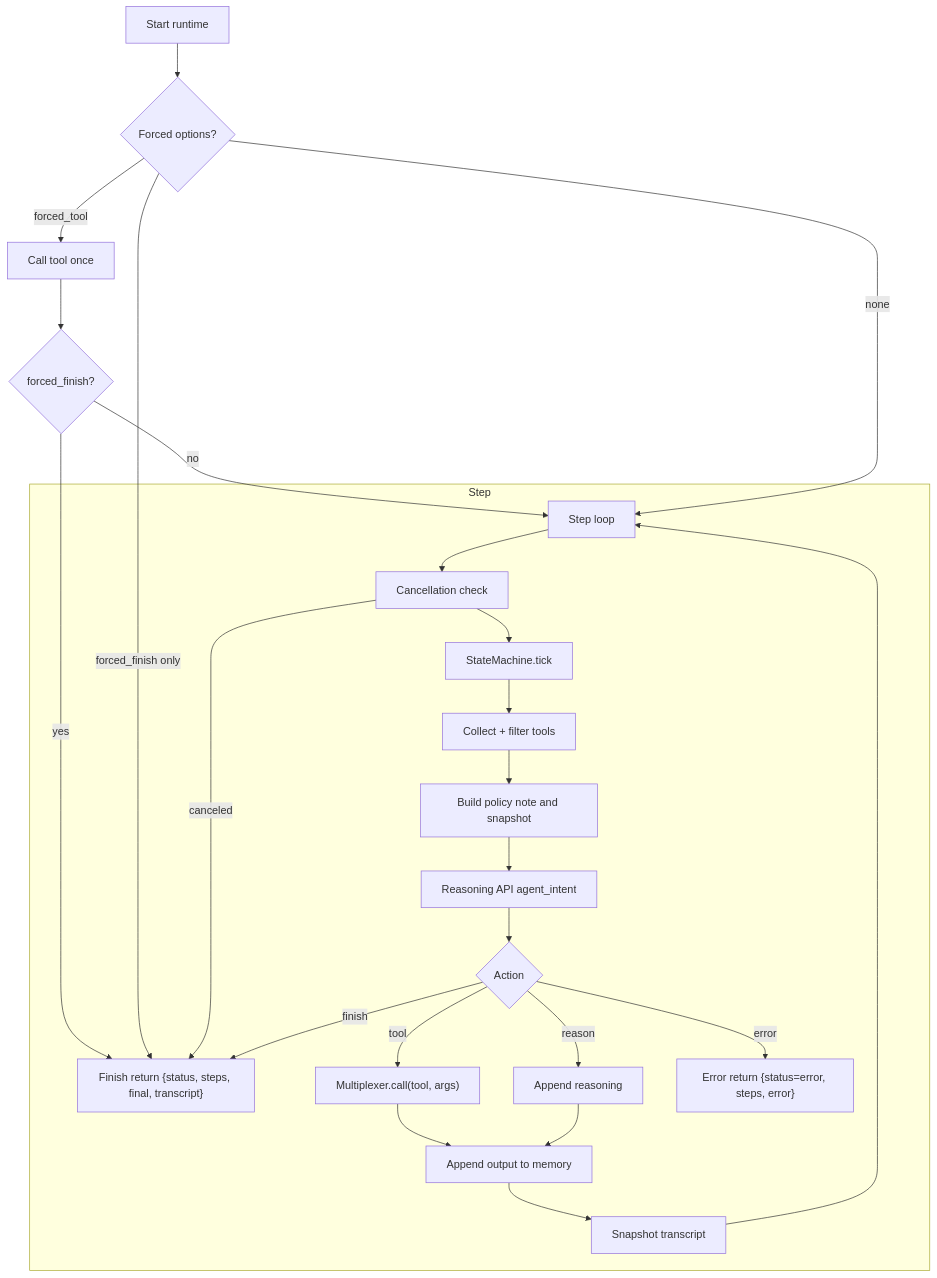
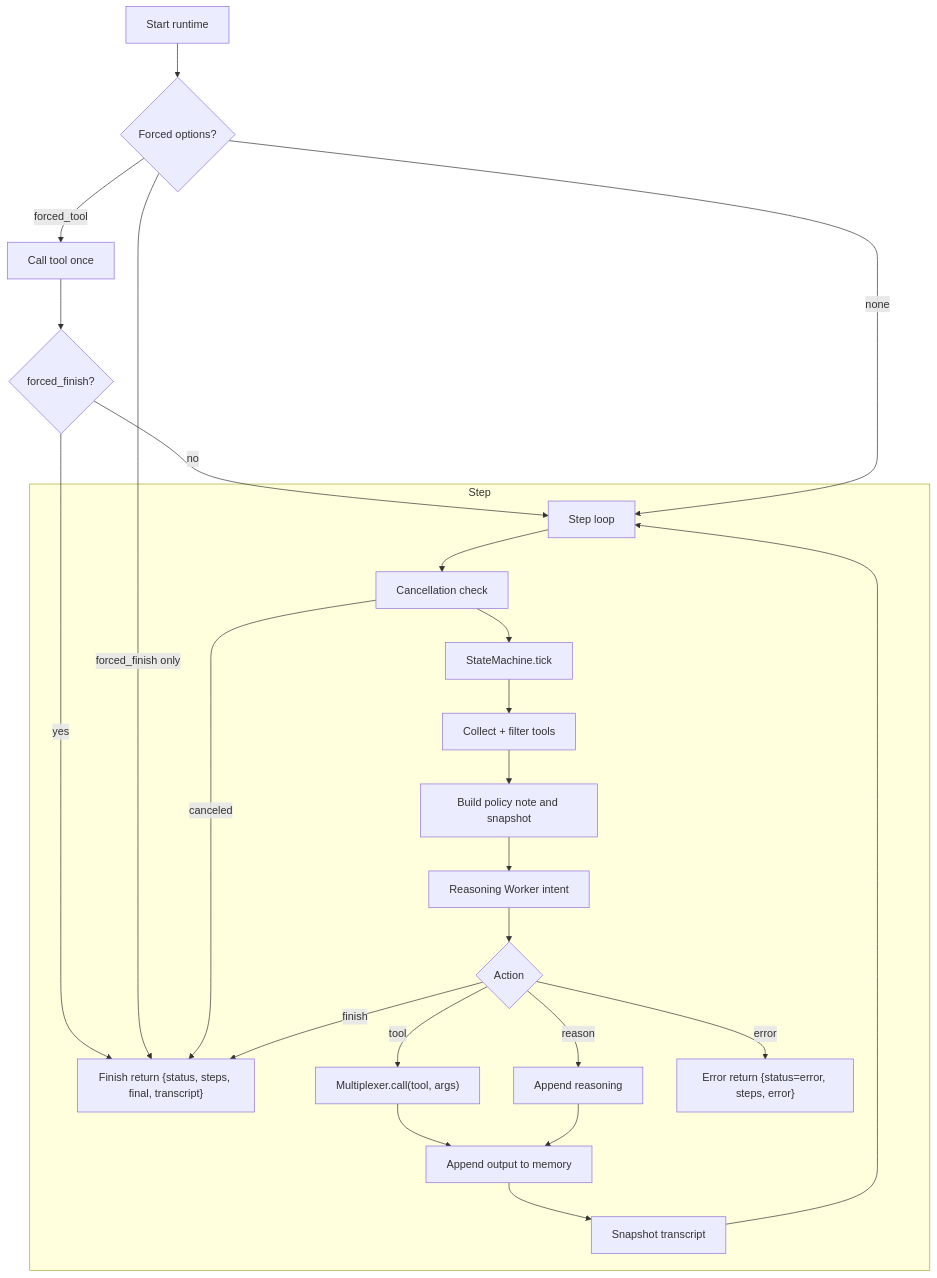
The first of 3 diagrams in memory_bank/runtime.md (ashabbir/savant), drawn with Mermaid before and after one commit. The commit also changed other lines of this file and 44 other files, not shown here.

````diff
--- a/memory_bank/runtime.md
+++ b/memory_bank/runtime.md
@@ -44,31 +44,31 @@
 ```mermaid
 graph TD
   A[Start runtime] --> B{Forced options?}
   B -->|forced_tool| C[Call tool once]
   C --> C2{forced_finish?}
   C2 -->|yes| Z[Finish and return]
   C2 -->|no| D
   B -->|forced_finish only| Z
   B -->|none| D[Step loop]
 
   subgraph Step
     D --> E[Cancellation check]
     E -->|canceled| Z
     E --> F[StateMachine.tick]
     F --> G[Collect + filter tools]
     G --> H[Build policy note and snapshot]
-    H --> I[Reasoning API agent_intent]
+    H --> I[Reasoning Worker intent]
     I --> J{Action}
     J -->|tool| K["Multiplexer.call(tool, args)"]
     K --> M[Append output to memory]
     J -->|reason| L[Append reasoning]
     J -->|finish| Z
     J -->|error| ZE[Record error and exit]
     L --> M
     M --> N[Snapshot transcript]
     N --> D
   end
 
   Z["Finish return {status, steps, final, transcript}"]
   ZE["Error return {status=error, steps, error}"]
 ```
````
